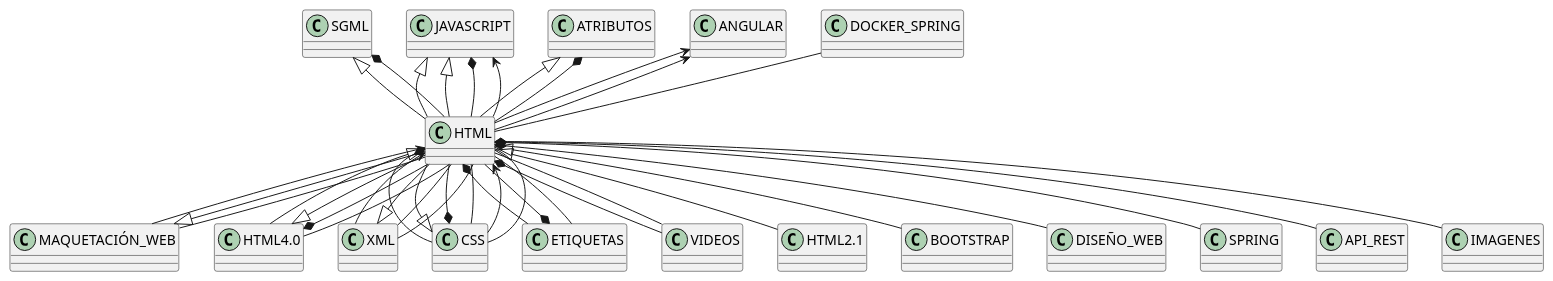
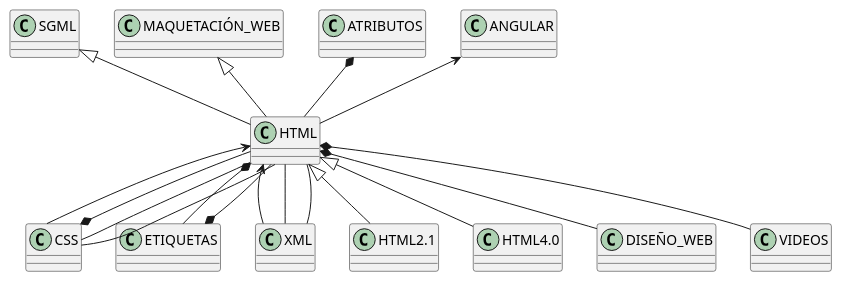
One commit to CodeURJC-DAW-2018-19/santatecla-relaciones-2 changed the diagram in relman/images/contextHTML.plantuml. Above: the diagram before and after it, drawn with PlantUML. The commit also changed 17 other files, not shown here.

```diff
--- a/relman/images/contextHTML.plantuml
+++ b/relman/images/contextHTML.plantuml
@@ -1,42 +1,20 @@
 @startuml 
  set namespaceSeparator none
 SGML <|-- HTML
 MAQUETACIÓN_WEB <|-- HTML
-HTML4.0 <|-- HTML
-XML <|-- HTML
-JAVASCRIPT <|-- HTML
-ATRIBUTOS <|-- HTML
-JAVASCRIPT <|-- HTML
-CSS <|-- HTML
 CSS *-- HTML
 ETIQUETAS *-- HTML
 ATRIBUTOS *-- HTML
-HTML4.0 *-- HTML
-JAVASCRIPT *-- HTML
-SGML *-- HTML
-JAVASCRIPT <-- HTML
-ANGULAR <-- HTML
 ANGULAR <-- HTML
 CSS -- HTML
 XML -- HTML
-DOCKER_SPRING -- HTML
-VIDEOS -- HTML
-HTML4.0 -- HTML
 HTML <|-- HTML2.1
 HTML <|-- HTML4.0
-HTML <|-- BOOTSTRAP
 HTML *-- DISEÑO_WEB
 HTML *-- ETIQUETAS
 HTML *-- VIDEOS
-HTML *-- SPRING
-HTML *-- CSS
-HTML *-- API_REST
 HTML <-- CSS
 HTML <-- XML
-HTML <-- MAQUETACIÓN_WEB
 HTML -- CSS
 HTML -- XML
-HTML -- MAQUETACIÓN_WEB
-HTML -- ETIQUETAS
-HTML -- IMAGENES
 @enduml
```
